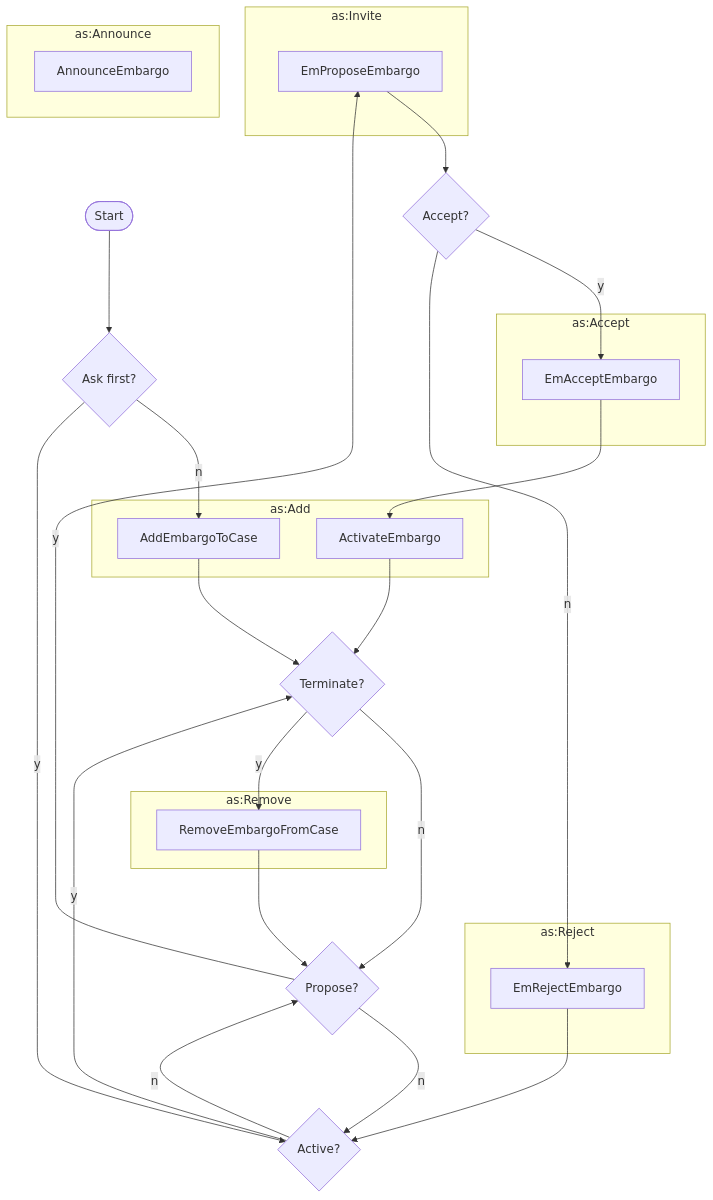
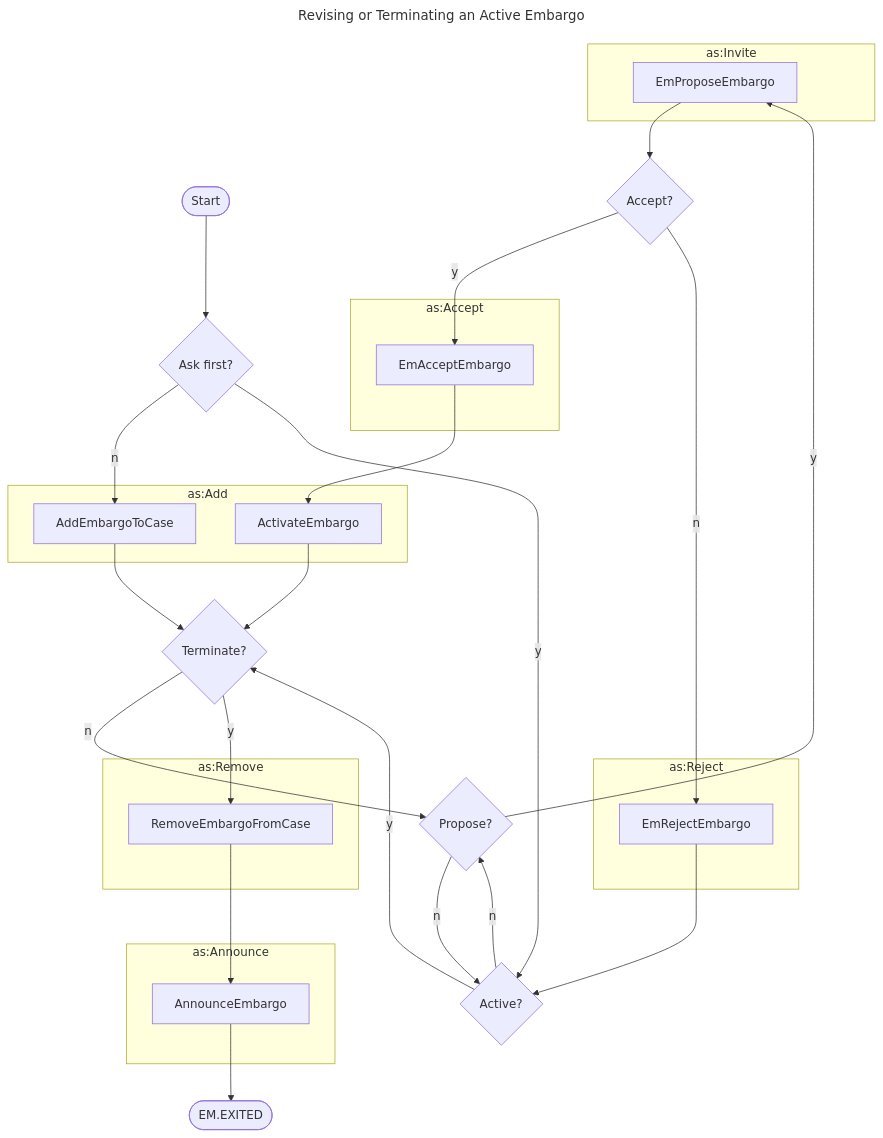
One commit to CERTCC/Vultron changed the diagram in docs/howto/activitypub/activities/manage_embargo.md. Above: the diagram before and after it, drawn with Mermaid. The commit also changed 20 other files, not shown here.

````diff
--- a/docs/howto/activitypub/activities/manage_embargo.md
+++ b/docs/howto/activitypub/activities/manage_embargo.md
@@ -36,40 +36,44 @@
 ```mermaid
+---
+title: Revising or Terminating an Active Embargo
+---
 flowchart TB
     subgraph as:Invite
         EmProposeEmbargo
     end
     subgraph as:Accept
         EmAcceptEmbargo
     end
     subgraph as:Reject
         EmRejectEmbargo
     end
     subgraph as:Add
         ActivateEmbargo
         AddEmbargoToCase
     end
     subgraph as:Remove
         RemoveEmbargoFromCase
     end
     subgraph as:Announce
         AnnounceEmbargo
-    end 
+    end
     start([Start])
     start --> f{Ask first?}
     f -->|n| AddEmbargoToCase
+    f -->|y| v{Active?}
     v -->|y| t{Terminate?}
-    p{Propose?} -->|y| EmProposeEmbargo
-    EmAcceptEmbargo --> ActivateEmbargo
+    v -->|n| p{Propose?}
+    p -->|y| EmProposeEmbargo
+    p -->|n| v
     EmProposeEmbargo --> a{Accept?}
-    EmRejectEmbargo --> v
-    f -->|y| v{Active?}
     a -->|y| EmAcceptEmbargo
     a -->|n| EmRejectEmbargo
-    t -->|n| p
-    t{Terminate?} -->|y| RemoveEmbargoFromCase
+    EmAcceptEmbargo --> ActivateEmbargo
+    EmRejectEmbargo --> v
     ActivateEmbargo --> t
     AddEmbargoToCase --> t
-    v -->|n| p
-    p -->|n| v
-    RemoveEmbargoFromCase --> p
+    t -->|n| p
+    t -->|y| RemoveEmbargoFromCase
+    RemoveEmbargoFromCase --> AnnounceEmbargo
+    AnnounceEmbargo --> exited([EM.EXITED])
 ```
````
